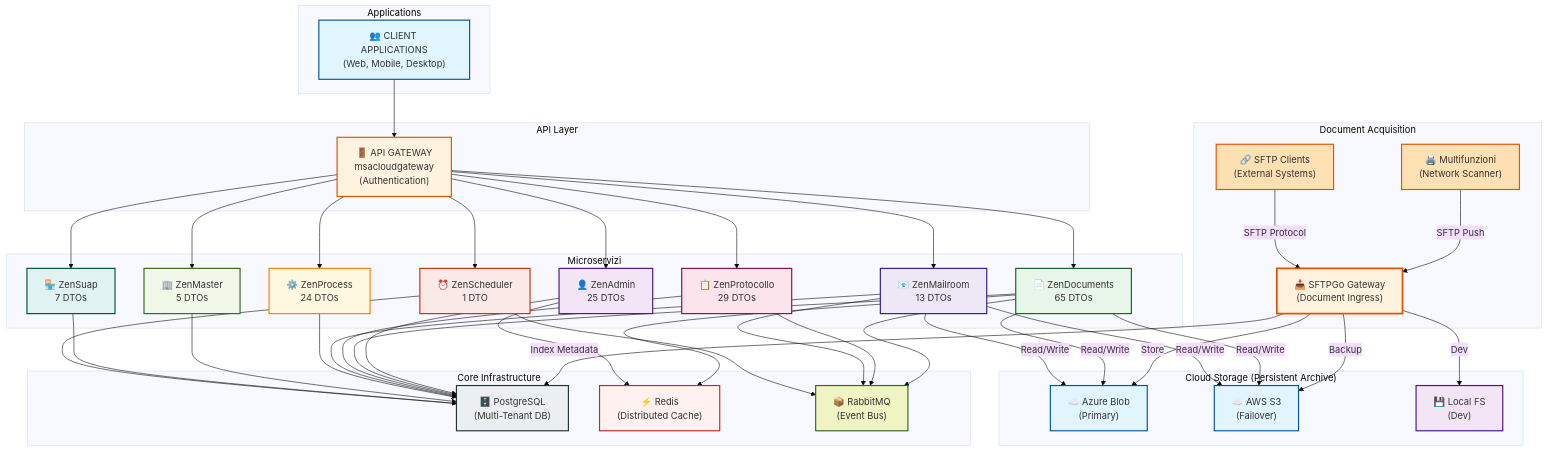
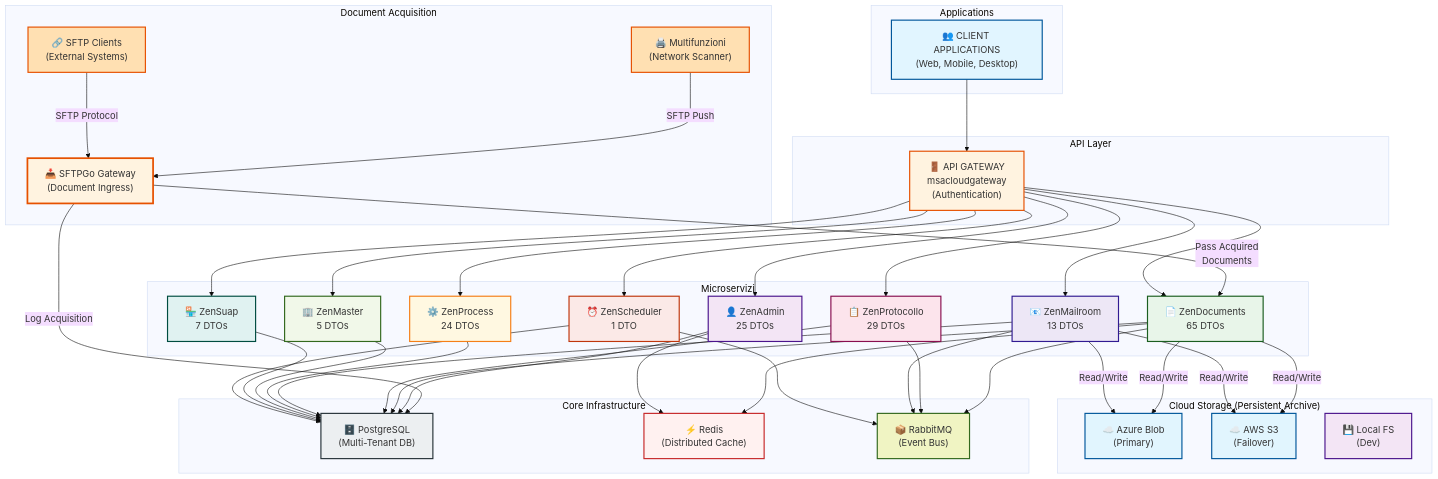
Before and after one commit to gianlucaciarcelluti/Interzen.ZenIA: the first of 23 diagrams in docs/ZENSHAREUP-ARCHITECTURE.md, drawn with Mermaid (base theme). The commit also changed other lines of this file, not shown here.

First line of the commit message:
Fix: Chiarire ruoli SFTPGo vs ZenDocuments per acquisizione e storage

```diff
--- a/docs/ZENSHAREUP-ARCHITECTURE.md
+++ b/docs/ZENSHAREUP-ARCHITECTURE.md
@@ -68,10 +68,8 @@
 
     Multifunz -->|SFTP Push| SFTPGo
     SFTP -->|SFTP Protocol| SFTPGo
-    SFTPGo -->|Store| Azure
-    SFTPGo -->|Backup| S3
-    SFTPGo -->|Dev| Filesystem
-    SFTPGo -->|Index Metadata| DB
+    SFTPGo -->|Pass Acquired<br/>Documents| Documents
+    SFTPGo -->|Log Acquisition| DB
 
     Client --> Gateway
     Gateway --> Admin
```
